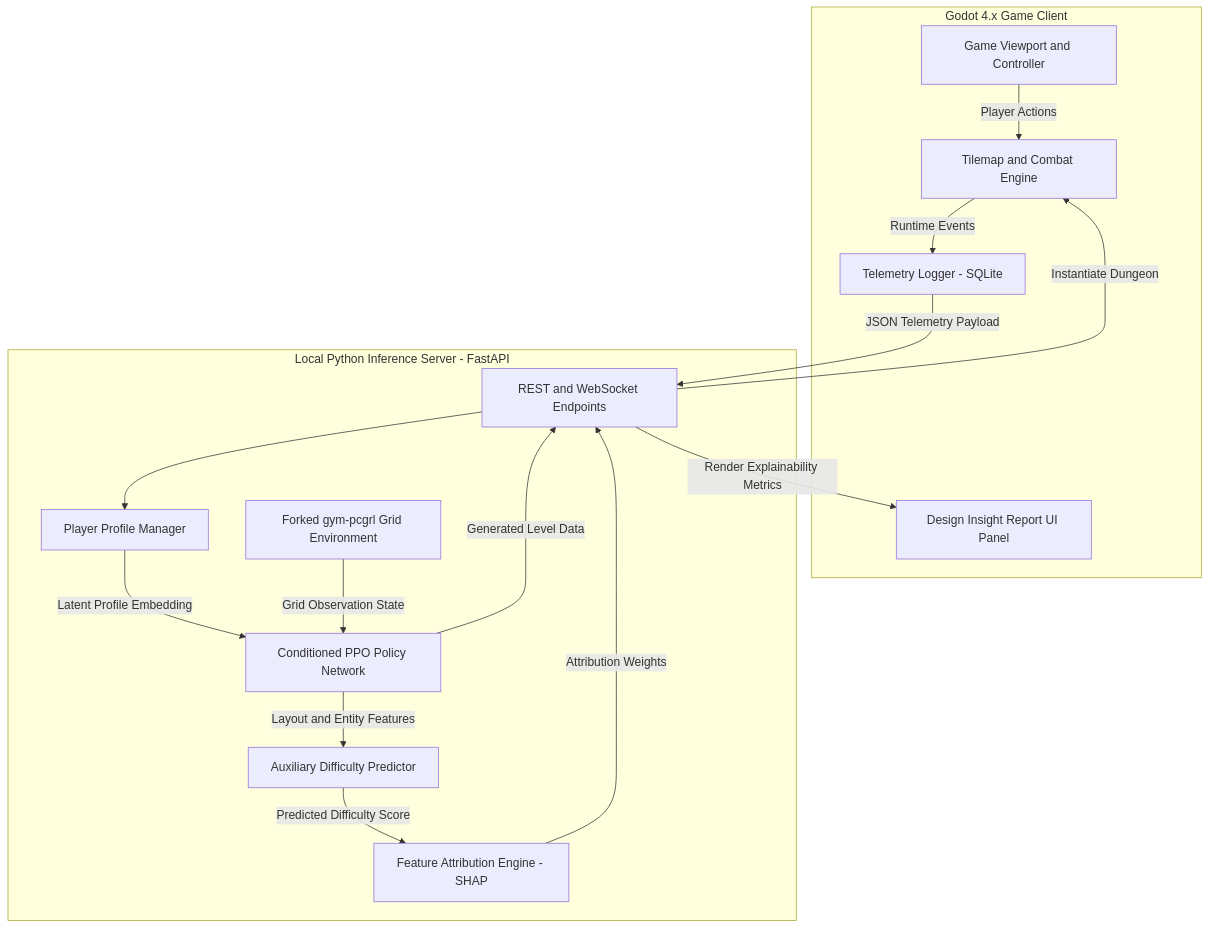
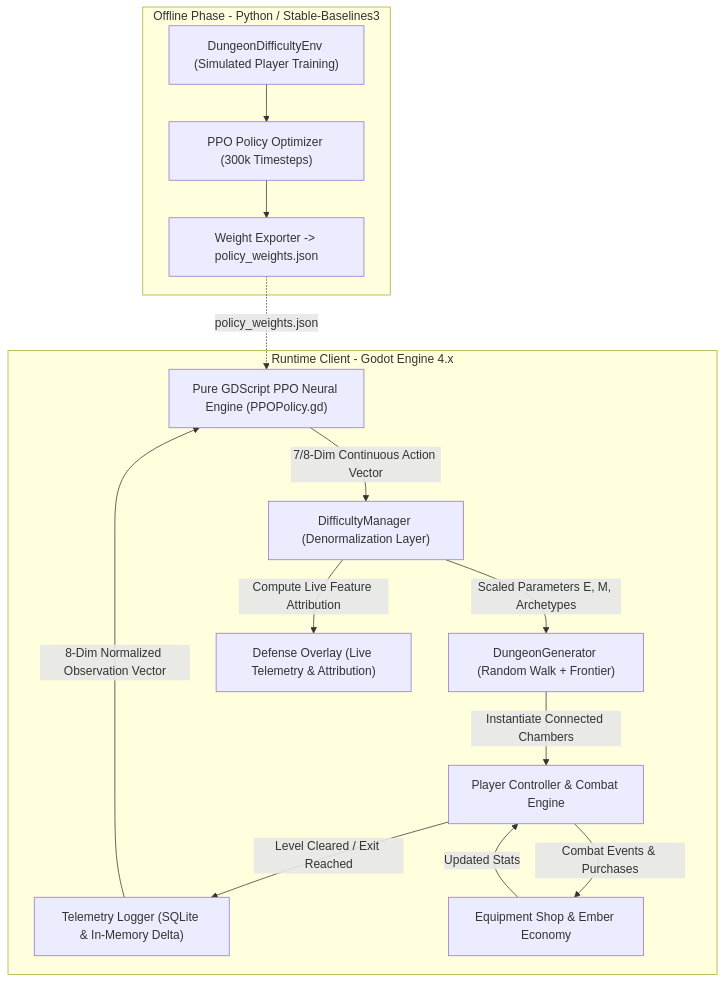
The first of 5 diagrams in FORGE_Proposal.md (Rayan581/forge), drawn with Mermaid before and after one commit. The commit also changed other lines of this file and 13 other files, not shown here.

Commit message:
Add final FYP proposal, changelog, updated TODO, and architecture diagram assets

````diff
--- a/FORGE_Proposal.md
+++ b/FORGE_Proposal.md
@@ -448,31 +552,29 @@
 ```mermaid
 flowchart TD
-    subgraph Client["Godot 4.x Game Client"]
-        UI["Game Viewport and Controller"]
-        TM["Tilemap and Combat Engine"]
-        TL["Telemetry Logger - SQLite"]
-        DIR_UI["Design Insight Report UI Panel"]
+    subgraph Offline["Offline Phase - Python / Stable-Baselines3"]
+        SIM["DungeonDifficultyEnv (Simulated Player Training)"]
+        TR["PPO Policy Optimizer (300k Timesteps)"]
+        EXP["Weight Exporter -> policy_weights.json"]
+        SIM --> TR --> EXP
     end
 
-    subgraph Server["Local Python Inference Server - FastAPI"]
-        API["REST and WebSocket Endpoints"]
-        PM["Player Profile Manager"]
-        PPO["Conditioned PPO Policy Network"]
-        DP["Auxiliary Difficulty Predictor"]
-        XAI["Feature Attribution Engine - SHAP"]
-        ENV["Forked gym-pcgrl Grid Environment"]
+    subgraph Runtime["Runtime Client - Godot Engine 4.x"]
+        UI["Player Controller & Combat Engine"]
+        TL["Telemetry Logger (SQLite & In-Memory Delta)"]
+        SHOP["Equipment Shop & Ember Economy"]
+        PPO_GD["Pure GDScript PPO Neural Engine (PPOPolicy.gd)"]
+        DIFF["DifficultyManager (Denormalization Layer)"]
+        GEN["DungeonGenerator (Random Walk + Frontier)"]
+        OVERLAY["Defense Overlay (Live Telemetry & Attribution)"]
+        
+        UI -->|Combat Events & Purchases| SHOP
+        SHOP -->|Updated Stats| UI
+        UI -->|Level Cleared / Exit Reached| TL
+        TL -->|8-Dim Normalized Observation Vector| PPO_GD
+        EXP -.->|policy_weights.json| PPO_GD
+        PPO_GD -->|7/8-Dim Continuous Action Vector| DIFF
+        DIFF -->|Scaled Parameters E, M, Archetypes| GEN
+        GEN -->|Instantiate Connected Chambers| UI
+        DIFF -->|Compute Live Feature Attribution| OVERLAY
     end
-
-    UI -->|Player Actions| TM
-    TM -->|Runtime Events| TL
-    TL -->|JSON Telemetry Payload| API
-    API --> PM
-    PM -->|Latent Profile Embedding| PPO
-    ENV -->|Grid Observation State| PPO
-    PPO -->|Generated Level Data| API
-    PPO -->|Layout and Entity Features| DP
-    DP -->|Predicted Difficulty Score| XAI
-    XAI -->|Attribution Weights| API
-    API -->|Instantiate Dungeon| TM
-    API -->|Render Explainability Metrics| DIR_UI
 ```
````
